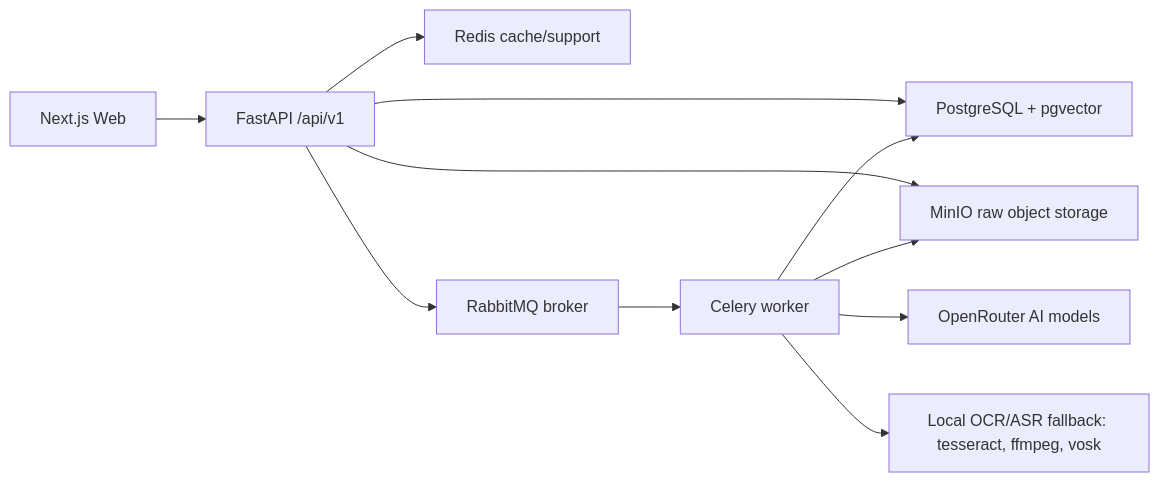
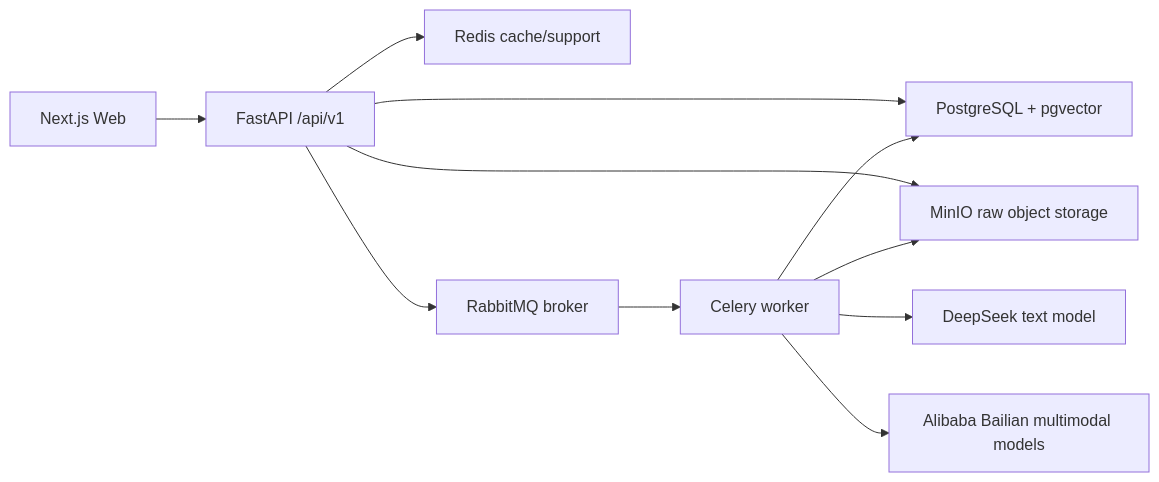
The second of 4 diagrams in docs/current-system-overview.md (cavendishers/-outlawer), drawn with Mermaid before and after one commit. The commit also changed other lines of this file and 10 other files, not shown here.

Commit message:
Use Bailian for multimodal understanding

````diff
--- a/docs/current-system-overview.md
+++ b/docs/current-system-overview.md
@@ -35,13 +35,13 @@
 ```mermaid
 flowchart LR
     Browser["Next.js Web"] --> API["FastAPI /api/v1"]
     API --> PG["PostgreSQL + pgvector"]
     API --> MinIO["MinIO raw object storage"]
     API --> Redis["Redis cache/support"]
     API --> Rabbit["RabbitMQ broker"]
     Rabbit --> Worker["Celery worker"]
     Worker --> MinIO
     Worker --> PG
-    Worker --> OpenRouter["OpenRouter AI models"]
-    Worker --> LocalMedia["Local OCR/ASR fallback: tesseract, ffmpeg, vosk"]
+    Worker --> DeepSeek["DeepSeek text model"]
+    Worker --> Bailian["Alibaba Bailian multimodal models"]
 ```
````
